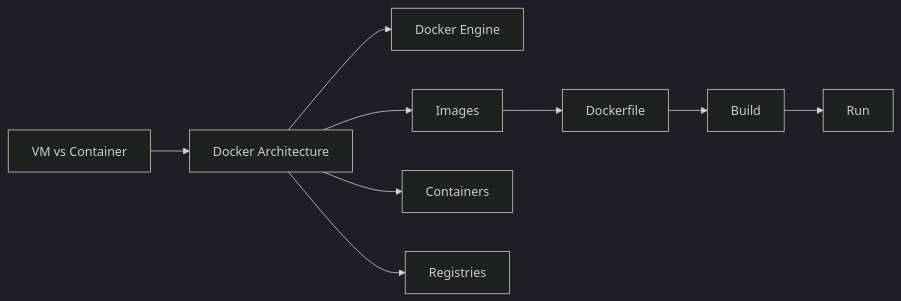
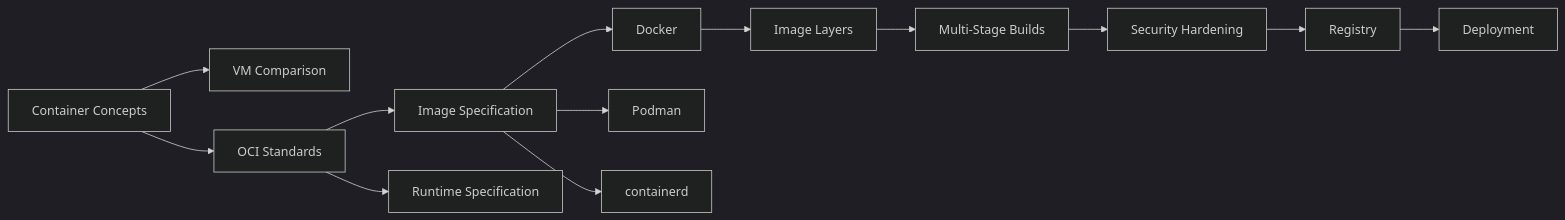
The first of 4 diagrams in docs/courses/devops/05-containerization.md (Raushan666java/ai-engineering-journey), drawn with Mermaid (dark theme) before and after one commit. The commit also changed other lines of this file and 62 other files, not shown here.

````diff
--- a/docs/courses/devops/05-containerization.md
+++ b/docs/courses/devops/05-containerization.md
@@ -29,11 +33,15 @@
 ```mermaid
 flowchart LR
-    A[VM vs Container] --> B[Docker Architecture]
-    B --> C[Docker Engine]
-    B --> D[Images]
-    B --> E[Containers]
-    B --> F[Registries]
-    D --> G[Dockerfile]
-    G --> H[Build]
-    H --> I[Run]
+    A[Container Concepts] --> B[VM Comparison]
+    A --> C[OCI Standards]
+    C --> D[Image Specification]
+    C --> E[Runtime Specification]
+    D --> F[Docker]
+    D --> G[Podman]
+    D --> H[containerd]
+    F --> I[Image Layers]
+    I --> J[Multi-Stage Builds]
+    J --> K[Security Hardening]
+    K --> L[Registry]
+    L --> M[Deployment]
 ```
````
